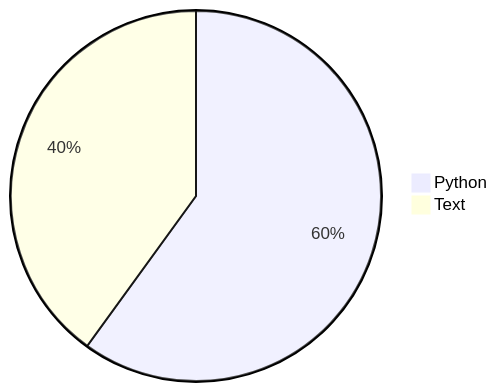
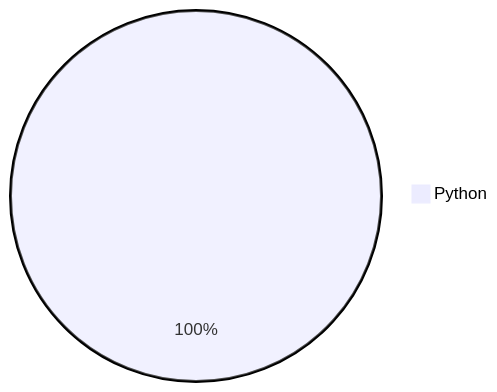
The diagram in README.md (Alicia111/alicia111), drawn with Mermaid before and after one commit.

Commit message:
Update WakaTime stats (・ω・)b

````diff
--- a/README.md
+++ b/README.md
@@ -32,5 +32,4 @@
 ```mermaid
 pie
-    "Python" : 59.99
-    "Text" : 40.01
+    "Python" : 100.0
 ```
````
